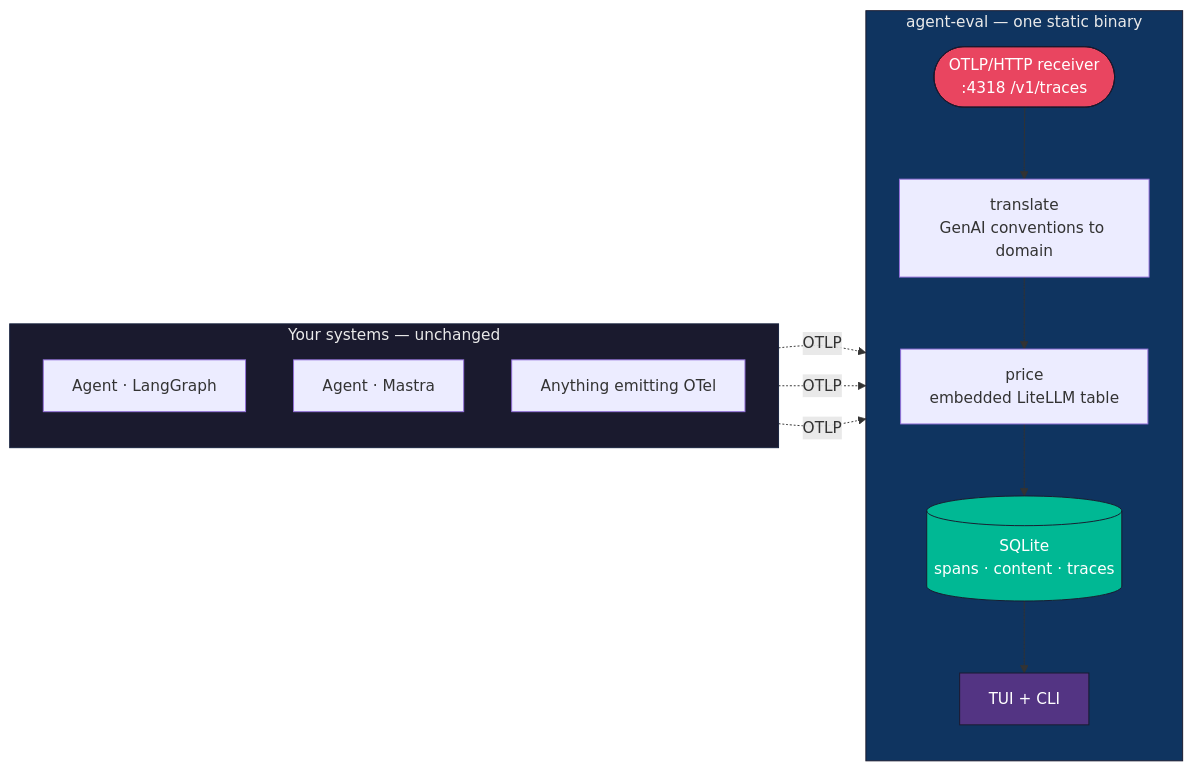
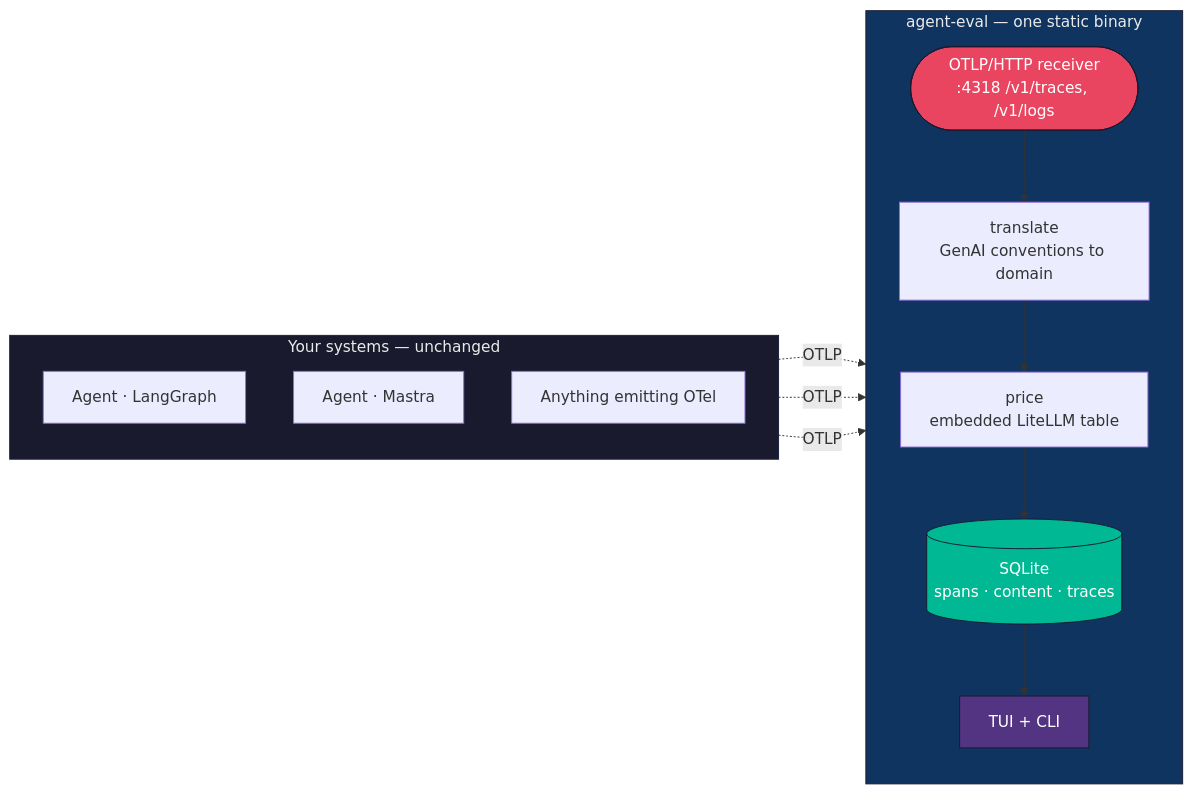
The first of 4 diagrams in README.md (FullFran/agent-eval-tui), drawn with Mermaid before and after one commit. The commit also changed other lines of this file and 12 other files, not shown here.

````diff
--- a/README.md
+++ b/README.md
@@ -52,30 +55,30 @@
 ```mermaid
 flowchart LR
     subgraph Yours["Your systems — unchanged"]
         direction TB
         A1["Agent · LangGraph"]
         A2["Agent · Mastra"]
         A3["Anything emitting OTel"]
     end
 
     subgraph Binary["agent-eval — one static binary"]
         direction TB
-        RX(["OTLP/HTTP receiver<br/>:4318 /v1/traces"])
+        RX(["OTLP/HTTP receiver<br/>:4318 /v1/traces, /v1/logs"])
         TR["translate<br/>GenAI conventions to domain"]
         PR["price<br/>embedded LiteLLM table"]
         ST[("SQLite<br/>spans · content · traces")]
         UI["TUI + CLI"]
     end
 
     A1 -.->|OTLP| RX
     A2 -.->|OTLP| RX
     A3 -.->|OTLP| RX
 
     RX --> TR --> PR --> ST --> UI
 
     style Yours fill:#1a1a2e,stroke:#16213e,color:#eaeaea
     style Binary fill:#0f3460,stroke:#1a1a2e,color:#eaeaea
     style RX fill:#e94560,stroke:#1a1a2e,color:#fff
     style ST fill:#00b894,stroke:#1a1a2e,color:#fff
     style UI fill:#533483,stroke:#1a1a2e,color:#fff
 ```
````
